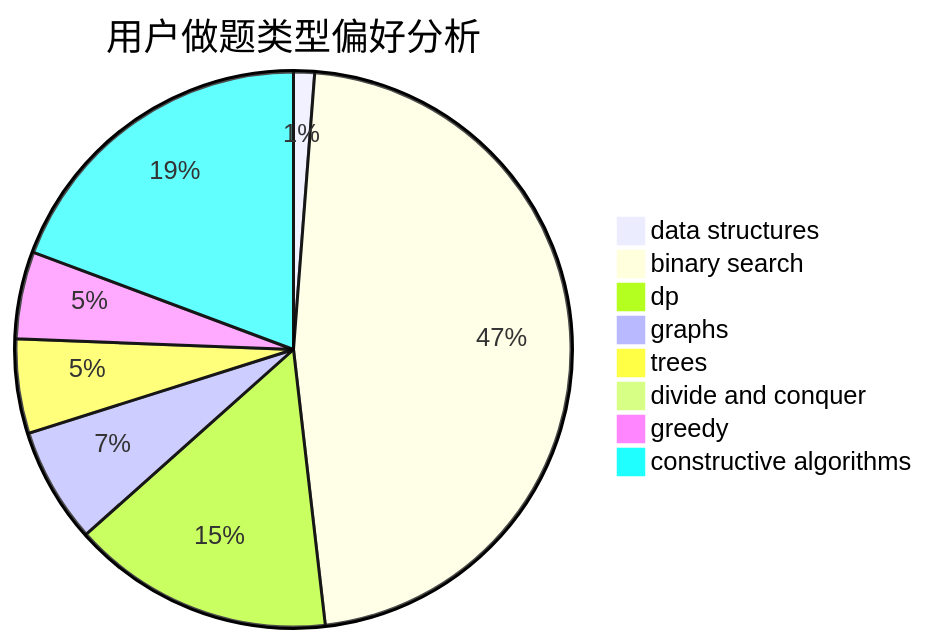
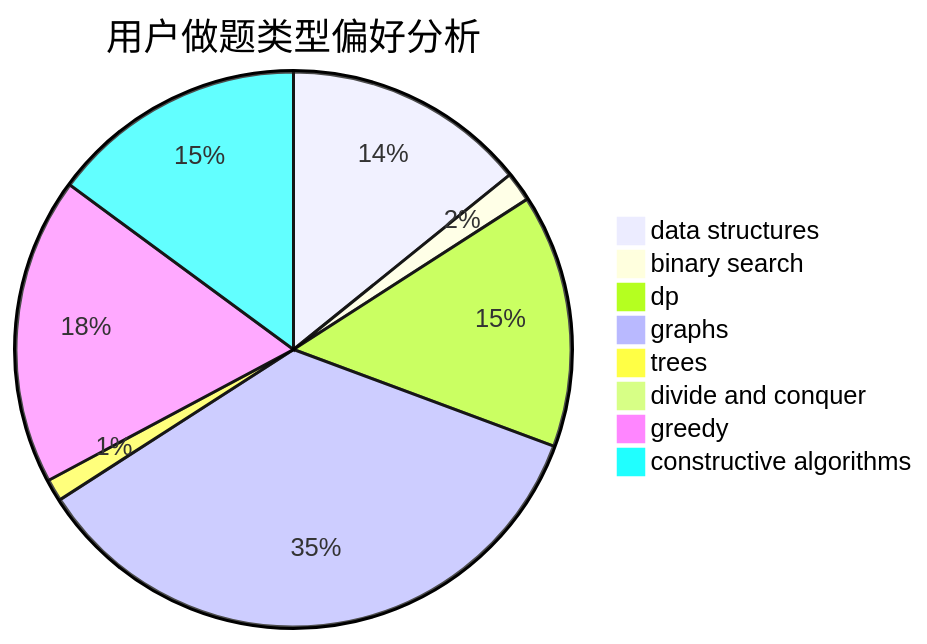
Before and after one commit to sherpahu/cfrs.github.io: the second of 3 diagrams in docs/user/u1680.md, drawn with Mermaid. The commit also changed other lines of this file and 2770 other files, not shown here.

````diff
--- a/docs/user/u1680.md
+++ b/docs/user/u1680.md
@@ -23,11 +23,11 @@
 ```mermaid
 pie title 用户做题类型偏好分析
-    "data structures" :  6
-    "binary search" :  231
-    "dp" :  75
-    "graphs" :  33
-    "trees" :  27
+    "data structures" :  99
+    "binary search" :  12
+    "dp" :  103
+    "graphs" :  246
+    "trees" :  9
     "divide and conquer" :  0
-    "greedy" :  25
-    "constructive algorithms" :  95
+    "greedy" :  125
+    "constructive algorithms" :  104
 ```
````
